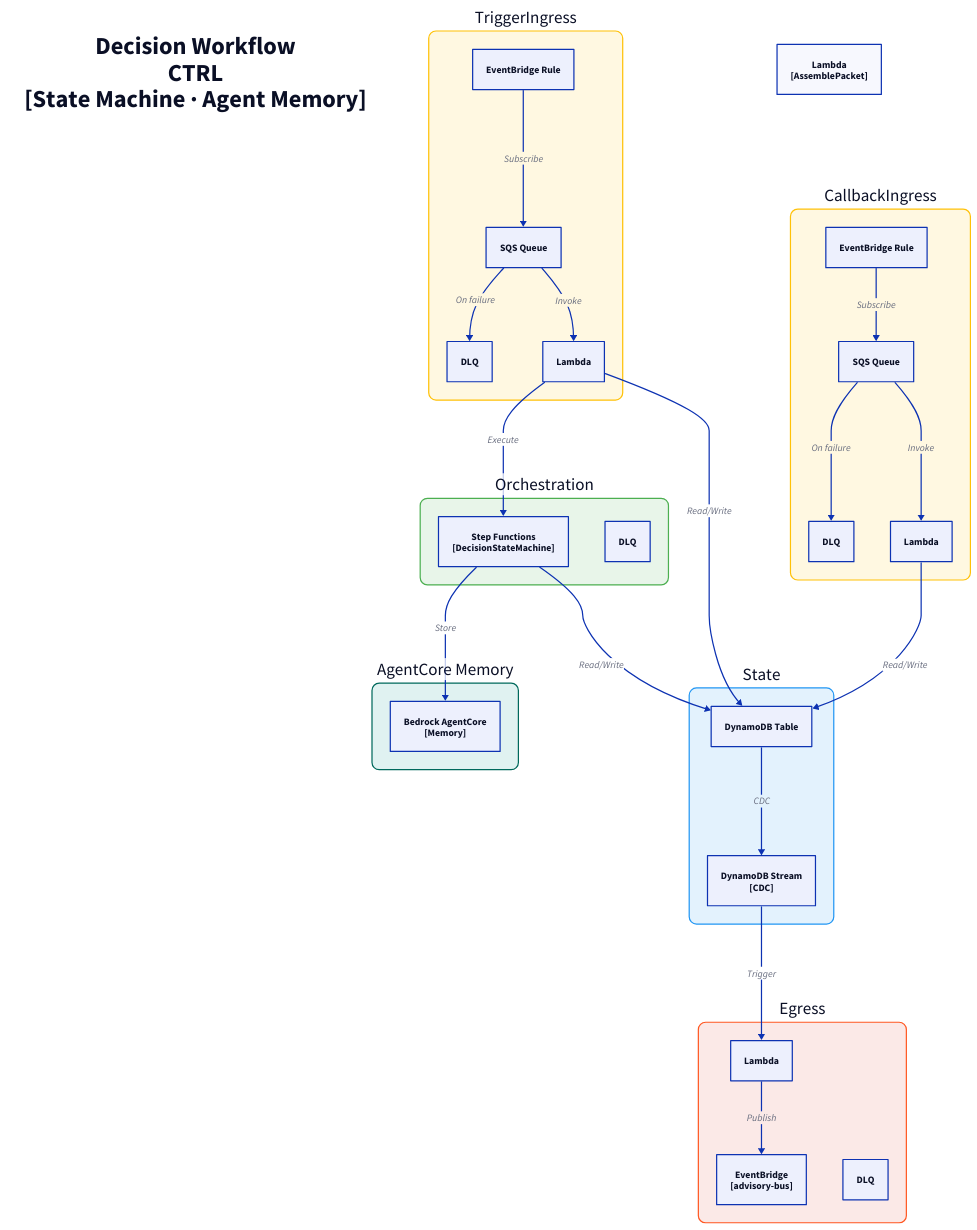
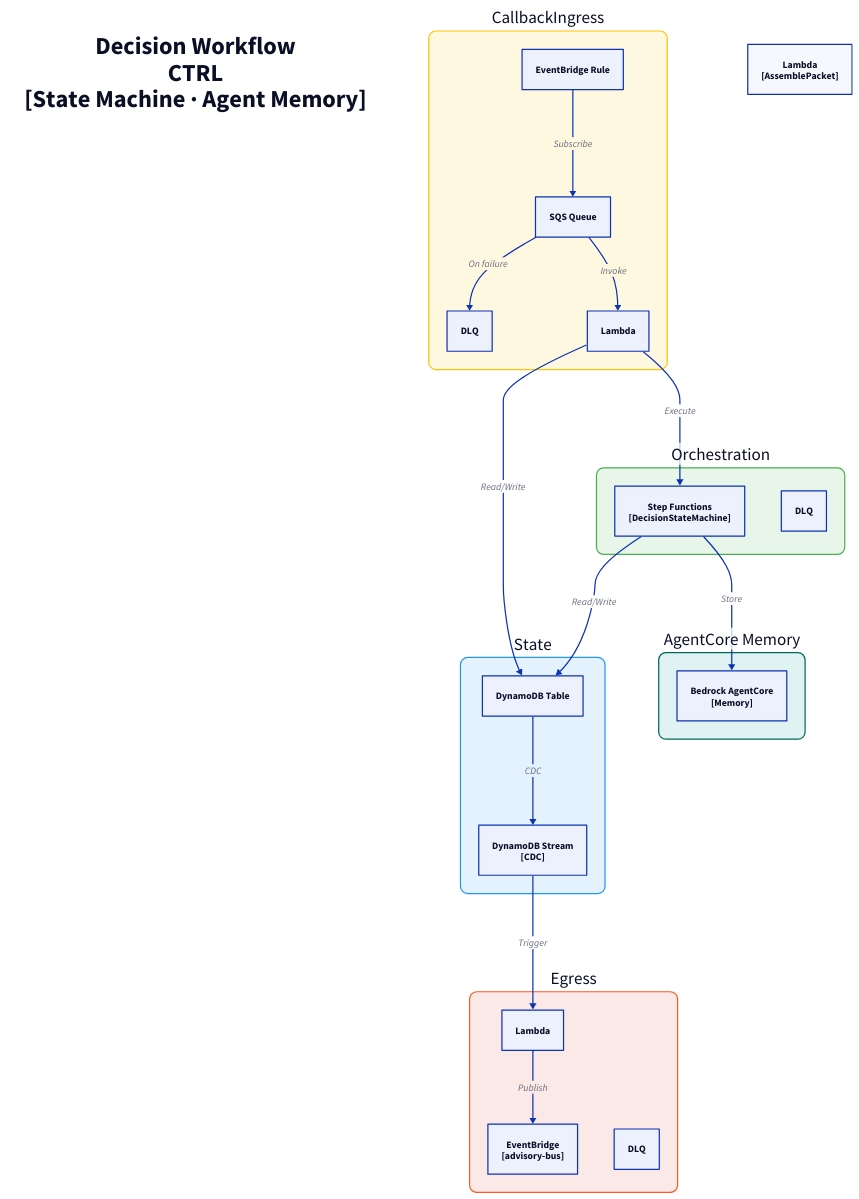
The diagram in docs/architecture/c3/decision-workflow-ctrl.d2 (fabio-vitali/nestfolio), drawn with D2 before and after one commit. The commit also changed 21 other files, not shown here.

First line of the commit message:
docs: regen flow markdown + C4 diagrams for InvestorProfile collapse

```diff
--- a/docs/architecture/c3/decision-workflow-ctrl.d2
+++ b/docs/architecture/c3/decision-workflow-ctrl.d2
@@ -1,66 +1,53 @@
 direction: down
 
 title: "Decision Workflow\nCTRL\n[State Machine · Agent Memory]" {
   style: { font-size: 40; bold: true; fill: transparent; stroke: transparent }
 }
 
-trigger-ingress: "TriggerIngress" {
-  style: { fill: "#FFF8E1"; stroke: "#FFC107"; border-radius: 12; font-size: 28 }
-  rule: "EventBridge Rule" { class: aws-eventbridge }
-  sqs: "SQS Queue" { class: aws-sqs }
-  dlq: "DLQ" { class: aws-dlq }
-  handler: "Lambda" { class: aws-lambda }
-
-  rule -> sqs: Subscribe
-  sqs -> handler: Invoke
-  sqs -> dlq: On failure
-}
-
-callback-ingress: "CallbackIngress" {
+ingress: "CallbackIngress" {
   style: { fill: "#FFF8E1"; stroke: "#FFC107"; border-radius: 12; font-size: 28 }
   rule: "EventBridge Rule" { class: aws-eventbridge }
   sqs: "SQS Queue" { class: aws-sqs }
   dlq: "DLQ" { class: aws-dlq }
   handler: "Lambda" { class: aws-lambda }
 
   rule -> sqs: Subscribe
   sqs -> handler: Invoke
   sqs -> dlq: On failure
 }
 
 state: "State" {
   style: { fill: "#E3F2FD"; stroke: "#2196F3"; border-radius: 12; font-size: 28 }
   table: "DynamoDB Table" { class: aws-dynamodb }
   stream: "DynamoDB Stream\n[CDC]" { class: aws-ddb-stream }
   table -> stream: CDC
 }
 
 egress: "Egress" {
   style: { fill: "#FBE9E7"; stroke: "#FF5722"; border-radius: 12; font-size: 28 }
   processor: "Lambda" { class: aws-lambda }
   bus: "EventBridge\n[advisory-bus]" { class: aws-eventbridge }
   dlq: "DLQ" { class: aws-dlq }
 
   processor -> bus: Publish
 }
 
 decision-state-machine: "Orchestration" {
   style: { fill: "#E8F5E9"; stroke: "#4CAF50"; border-radius: 12; font-size: 28 }
   state-machine: "Step Functions\n[DecisionStateMachine]" { class: aws-stepfunctions }
   dlq: "DLQ" { class: aws-dlq }
 }
 
 agent-memory: "AgentCore Memory" {
   style: { fill: "#E0F2F1"; stroke: "#00695C"; border-radius: 12; font-size: 28 }
   memory: "Bedrock AgentCore\n[Memory]" { class: aws-bedrock }
 }
 
 assemble-packet: "Lambda\n[AssemblePacket]" { class: aws-lambda }
 
 # Flows
-trigger-ingress.handler -> state.table: Read/Write
-callback-ingress.handler -> state.table: Read/Write
+ingress.handler -> state.table: Read/Write
 state.stream -> egress.processor: Trigger
-trigger-ingress.handler -> decision-state-machine.state-machine: Execute
+ingress.handler -> decision-state-machine.state-machine: Execute
 decision-state-machine.state-machine -> state.table: Read/Write
 decision-state-machine.state-machine -> agent-memory.memory: Store
```
